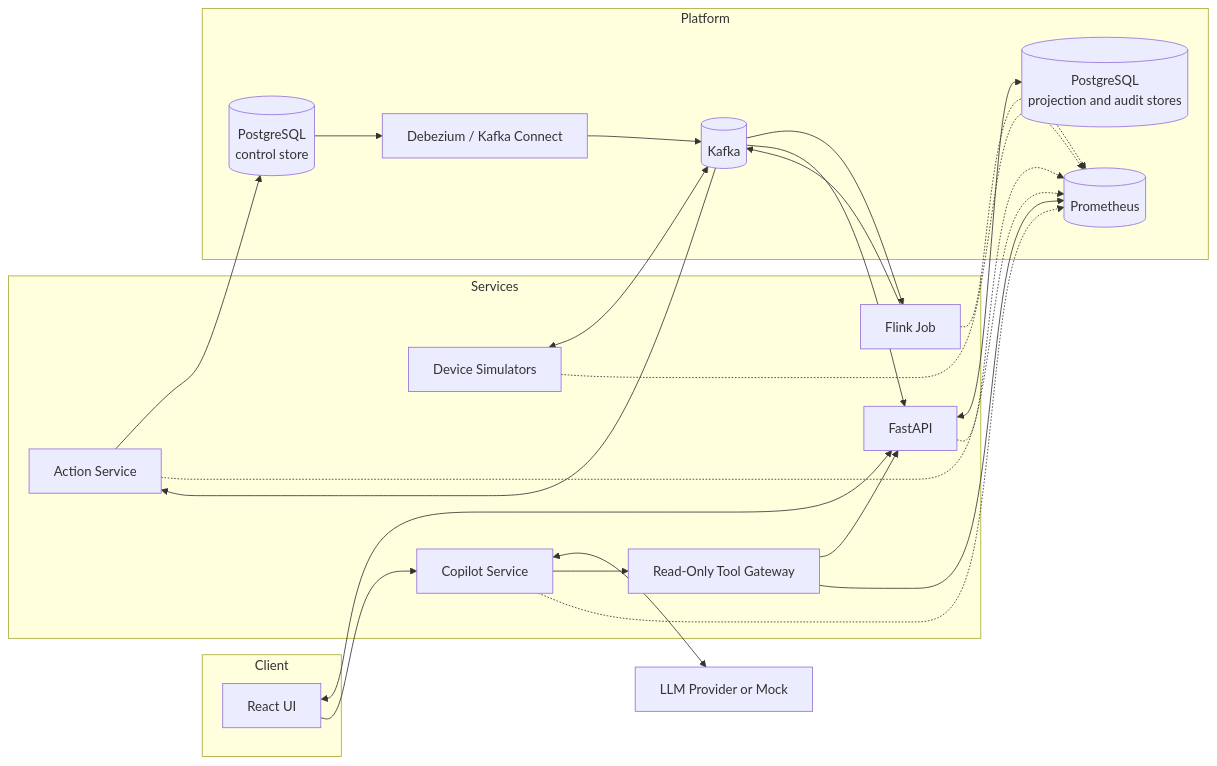
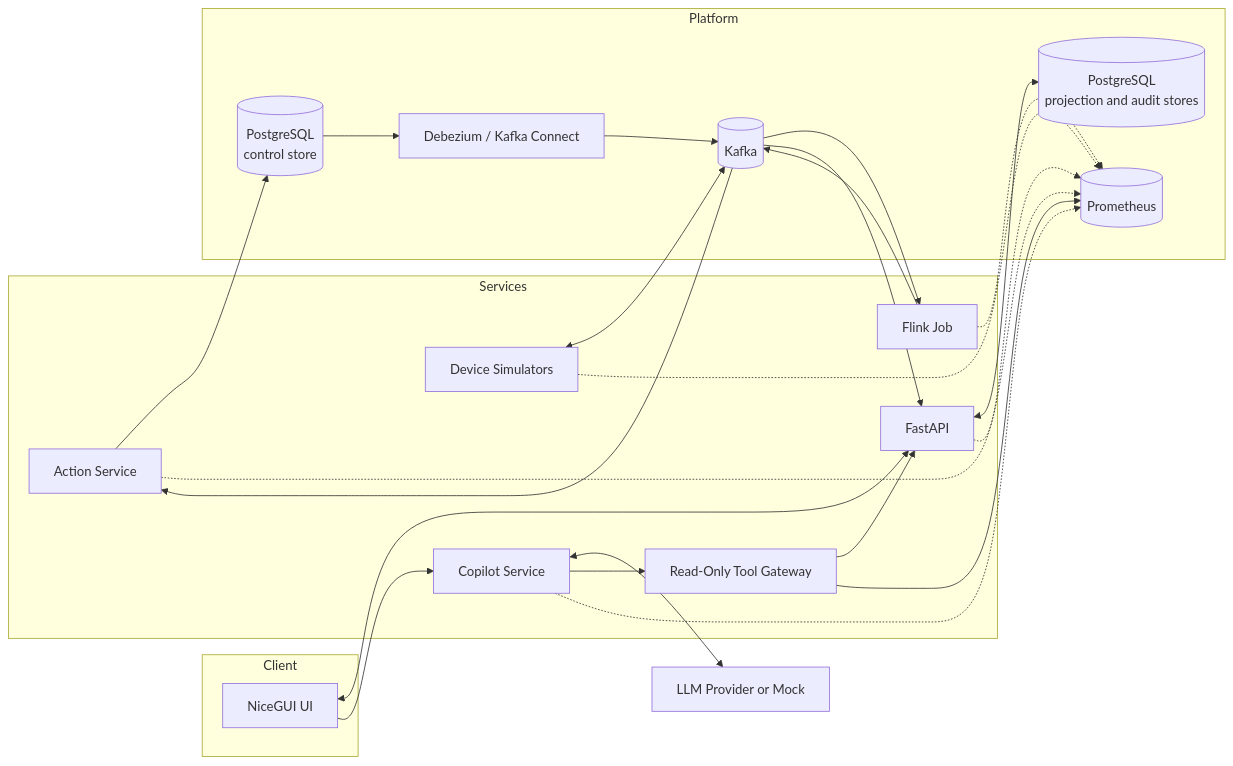
The first of 2 diagrams in docs/design/SYSTEM_DESIGN.md (snkprdhn/CMPE-273-Group-10-Project), drawn with Mermaid before and after one commit. The commit also changed other lines of this file and 36 other files, not shown here.

````diff
--- a/docs/design/SYSTEM_DESIGN.md
+++ b/docs/design/SYSTEM_DESIGN.md
@@ -81,43 +81,43 @@
 ```mermaid
 flowchart LR
     subgraph Client
-        UI[React UI]
+        UI[NiceGUI UI]
     end
     subgraph Services
         API[FastAPI]
         ACTION[Action Service]
         SIM[Device Simulators]
         FLINK[Flink Job]
         AGENT[Copilot Service]
         TOOLS[Read-Only Tool Gateway]
     end
     subgraph Platform
         KAFKA[(Kafka)]
         CONTROL_DB[(PostgreSQL<br/>control store)]
         READ_DB[(PostgreSQL<br/>projection and audit stores)]
         CDC[Debezium / Kafka Connect]
         PROM[(Prometheus)]
     end
     MODEL[LLM Provider or Mock]
 
     SIM <--> KAFKA
     KAFKA --> FLINK
     FLINK --> KAFKA
     KAFKA --> ACTION
     ACTION --> CONTROL_DB
     CONTROL_DB --> CDC
     CDC --> KAFKA
     API <--> READ_DB
     KAFKA --> API
     UI <--> API
     UI --> AGENT
     AGENT <--> MODEL
     AGENT --> TOOLS
     TOOLS --> API
     TOOLS --> PROM
     SIM -.-> PROM
     FLINK -.-> PROM
     ACTION -.-> PROM
     API -.-> PROM
     AGENT -.-> PROM
 ```
````
